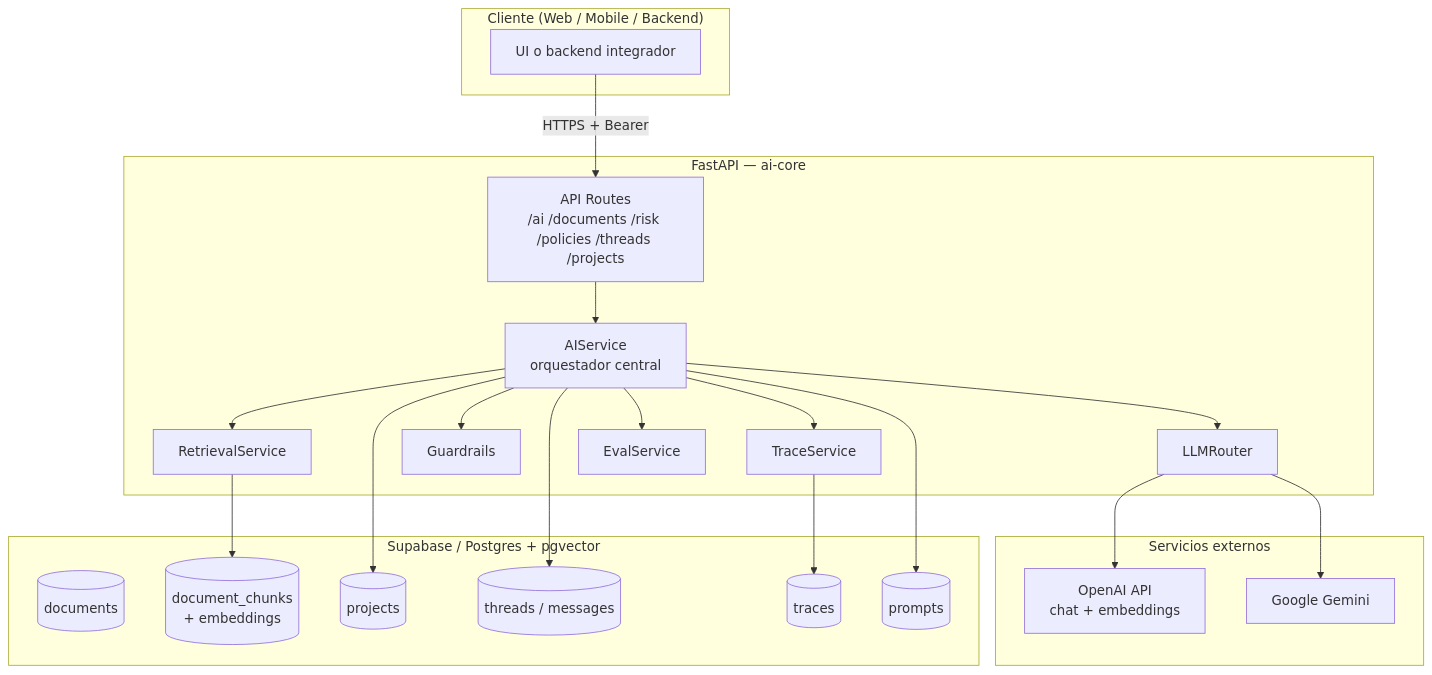
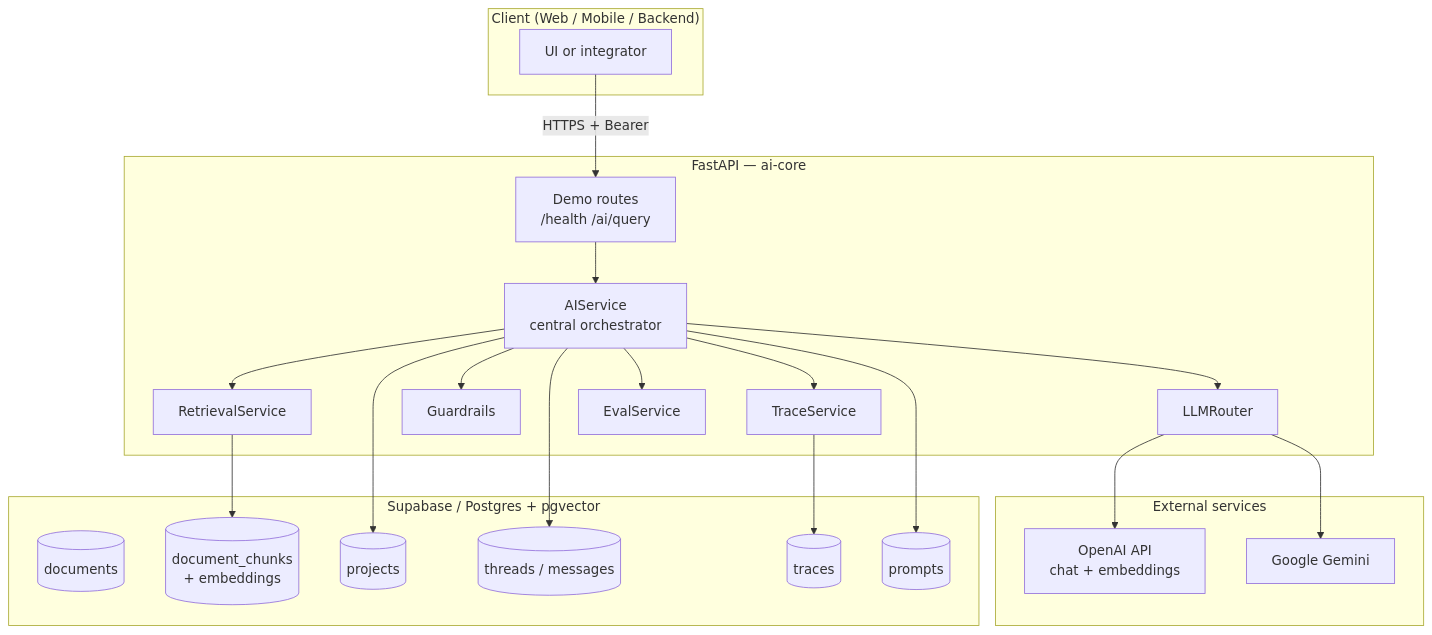
One commit to sebasfg99/llm_governance_ai changed the second of 2 diagrams in README.md. Above: the diagram before and after it, drawn with Mermaid. The commit also changed other lines of this file and 109 other files, not shown here.

````diff
--- a/README.md
+++ b/README.md
@@ -127,45 +155,45 @@
 ```mermaid
 flowchart TB
-    subgraph Client["Cliente (Web / Mobile / Backend)"]
-        UI[UI o backend integrador]
+    subgraph Client["Client (Web / Mobile / Backend)"]
+        UI[UI or integrator]
     end
 
     subgraph API["FastAPI — ai-core"]
-        ROUTES[API Routes<br/>/ai /documents /risk /policies /threads /projects]
-        AISVC[AIService<br/>orquestador central]
+        ROUTES["Demo routes<br/>/health /ai/query"]
+        AISVC[AIService<br/>central orchestrator]
         RAG[RetrievalService]
         LLM[LLMRouter]
         GUARD[Guardrails]
         TRACE[TraceService]
         EVAL[EvalService]
     end
 
-    subgraph External["Servicios externos"]
+    subgraph External["External services"]
         OAI[OpenAI API<br/>chat + embeddings]
         GEM[Google Gemini]
     end
 
     subgraph DB["Supabase / Postgres + pgvector"]
         DOCS[(documents)]
         CHUNKS[(document_chunks<br/>+ embeddings)]
         PROJ[(projects)]
         TH[(threads / messages)]
         TR[(traces)]
         PR[(prompts)]
     end
 
     UI -->|HTTPS + Bearer| ROUTES
     ROUTES --> AISVC
     AISVC --> GUARD
     AISVC --> RAG
     AISVC --> LLM
     AISVC --> TRACE
     AISVC --> EVAL
     RAG --> CHUNKS
     LLM --> OAI
     LLM --> GEM
     AISVC --> PROJ
     AISVC --> TH
     AISVC --> PR
     TRACE --> TR
 ```
````
